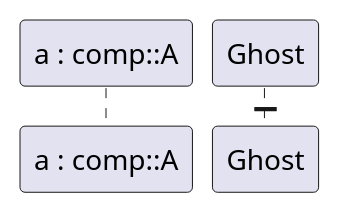
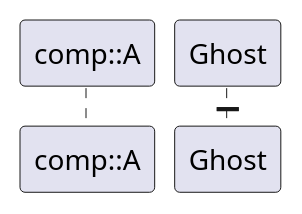
Before and after one commit to eclipse-score/tooling: the diagram in plantuml/parser/integration_test/cross_diagram/errors_participants/undeclared_lifecycle.puml, drawn with PlantUML. The commit also changed 82 other files, not shown here.

Commit message:
[plantuml tooling] refactor sequence diagram uid

```diff
--- a/plantuml/parser/integration_test/cross_diagram/errors_participants/undeclared_lifecycle.puml
+++ b/plantuml/parser/integration_test/cross_diagram/errors_participants/undeclared_lifecycle.puml
@@ -14,4 +14,4 @@
 @startuml
-participant "a : comp::A" as a
+participant "comp::A" as a
 activate Ghost
 @enduml
```
